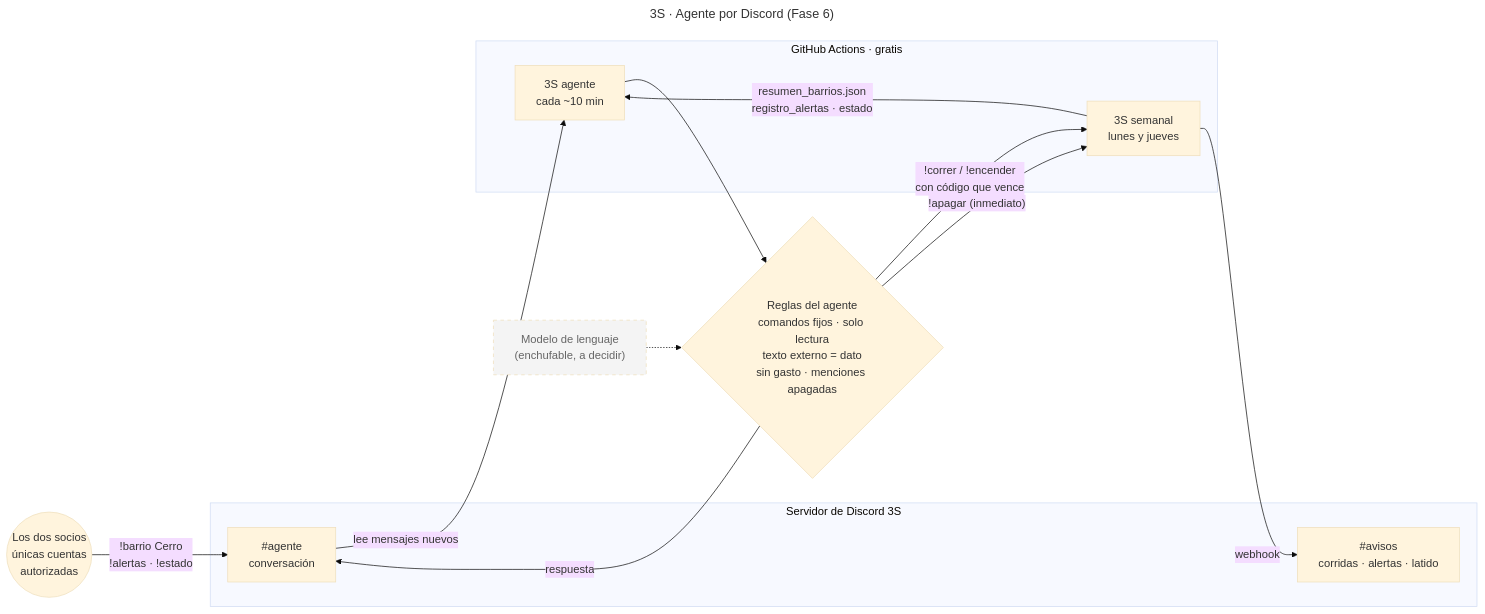
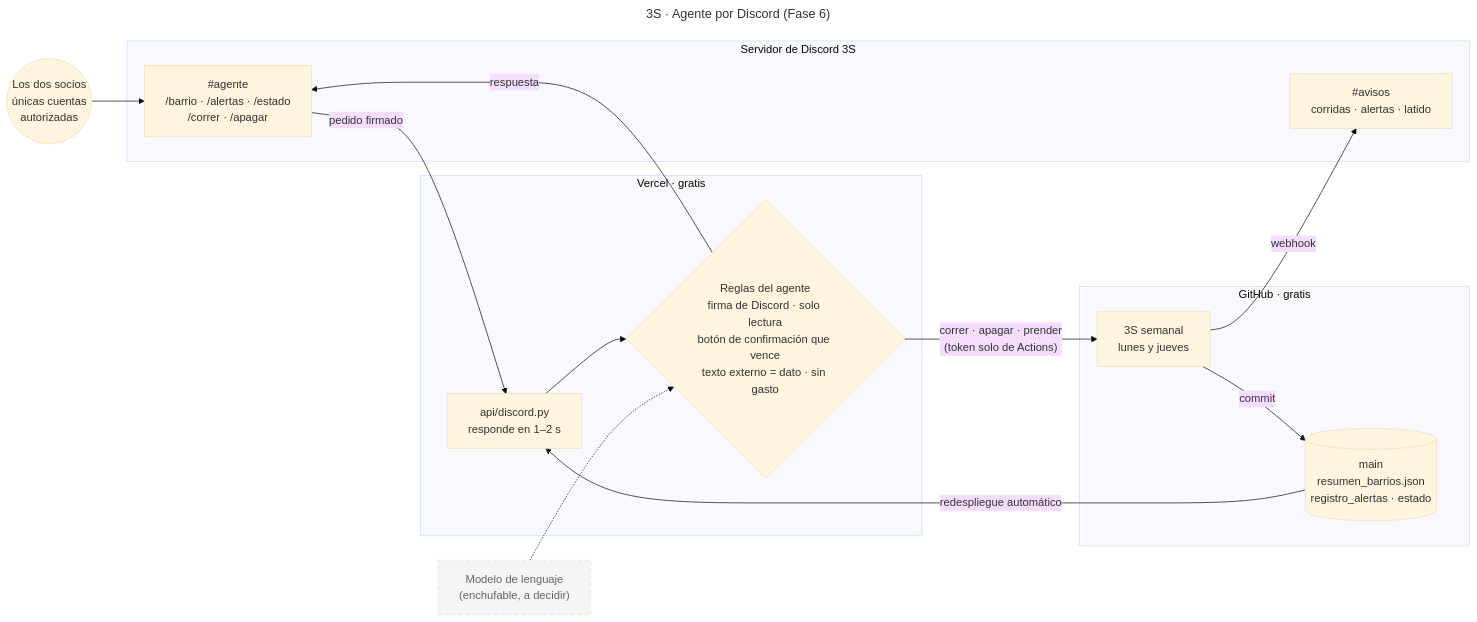
One commit to lbenenatia/3s-self-sustained-system changed the diagram in documentacion/diagramas/09_agente.mmd. Above: the diagram before and after it, drawn with Mermaid (base theme). The commit also changed 22 other files, not shown here.

First line of the commit message:
Fase 6: agente instantáneo con comandos de Discord en Vercel

```diff
--- a/documentacion/diagramas/09_agente.mmd
+++ b/documentacion/diagramas/09_agente.mmd
@@ -1,23 +1,26 @@
 ---
 title: 3S · Agente por Discord (Fase 6)
 ---
 flowchart LR
+    H(("Los dos socios<br/>únicas cuentas<br/>autorizadas"))
     subgraph DC["Servidor de Discord 3S"]
+        AG["#agente<br/>/barrio · /alertas · /estado<br/>/correr · /apagar"]
         AV["#avisos<br/>corridas · alertas · latido"]
-        AG["#agente<br/>conversación"]
     end
-    H(("Los dos socios<br/>únicas cuentas<br/>autorizadas"))
-    H -- "!barrio Cerro<br/>!alertas · !estado" --> AG
-    subgraph GA["GitHub Actions · gratis"]
-        W["3S agente<br/>cada ~10 min"]
+    subgraph VC["Vercel · gratis"]
+        F["api/discord.py<br/>responde en 1–2 s"]
+        RG{"Reglas del agente<br/>firma de Discord · solo lectura<br/>botón de confirmación que vence<br/>texto externo = dato · sin gasto"}
+    end
+    subgraph GA["GitHub · gratis"]
         S["3S semanal<br/>lunes y jueves"]
+        D[("main<br/>resumen_barrios.json<br/>registro_alertas · estado")]
     end
-    AG -- "lee mensajes nuevos" --> W
-    W --> RG{"Reglas del agente<br/>comandos fijos · solo lectura<br/>texto externo = dato<br/>sin gasto · menciones apagadas"}
+    H --> AG
+    AG -- "pedido firmado" --> F --> RG
     RG -- "respuesta" --> AG
-    RG -- "!correr / !encender<br/>con código que vence" --> S
-    RG -- "!apagar (inmediato)" --> S
-    S -- "resumen_barrios.json<br/>registro_alertas · estado" --> W
+    RG -- "correr · apagar · prender<br/>(token solo de Actions)" --> S
+    S -- "commit" --> D
+    D -- "redespliegue automático" --> F
     S -- "webhook" --> AV
     M["Modelo de lenguaje<br/>(enchufable, a decidir)"]:::futuro -.-> RG
     classDef futuro stroke-dasharray: 5 5,fill:#f4f4f4,color:#666
```
